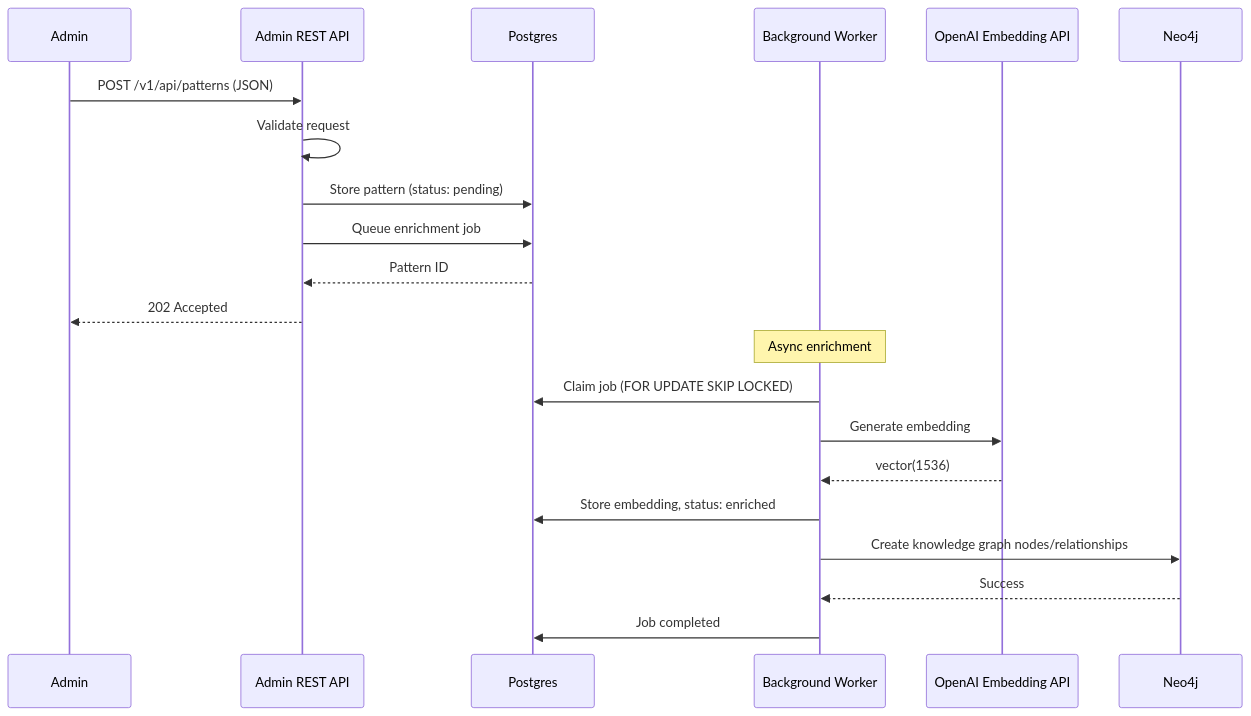
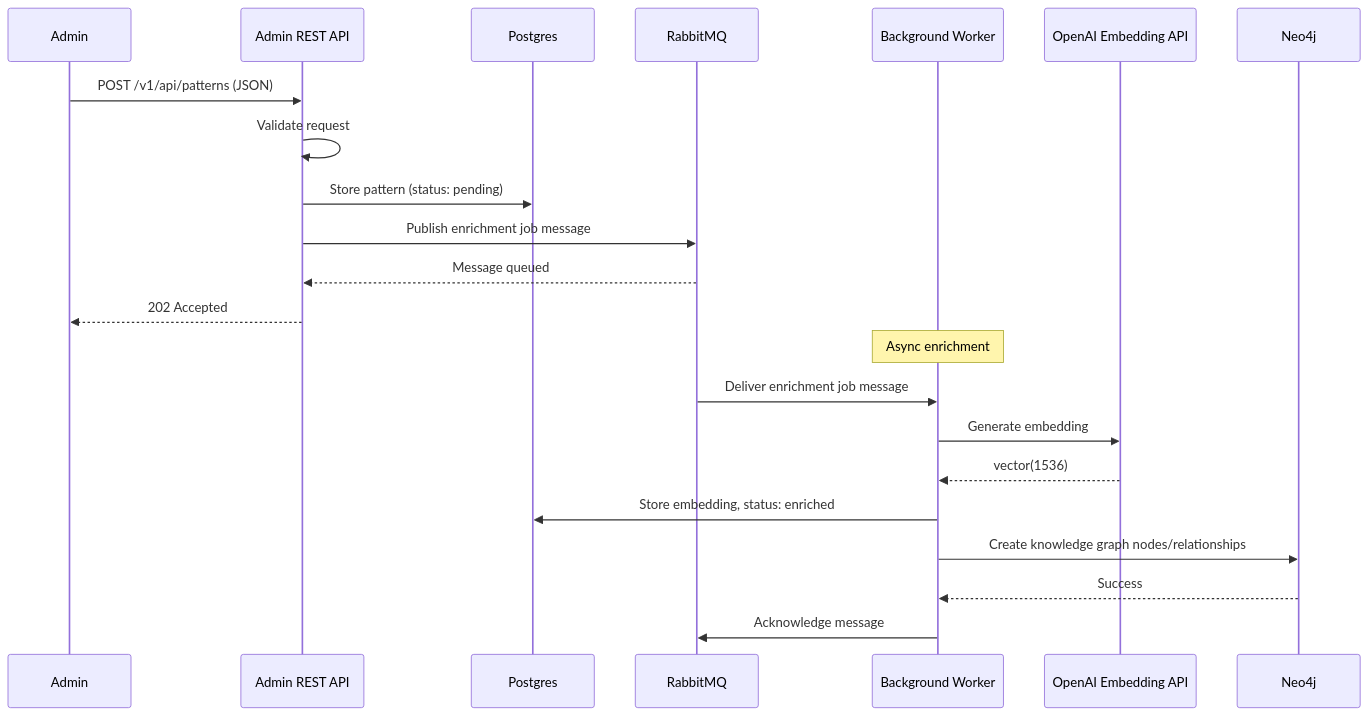
The third of 5 diagrams in docs/architecture/03-communication-patterns.md (twistingmercury/mnemonic-enricher), drawn with Mermaid before and after one commit. The commit also changed 5 other files, not shown here.

First line of the commit message:
docs: fix queue architecture from Postgres to RabbitMQ

````diff
--- a/docs/architecture/03-communication-patterns.md
+++ b/docs/architecture/03-communication-patterns.md
@@ -126,25 +126,26 @@
 ```mermaid
 sequenceDiagram
     participant Admin
     participant REST as Admin REST API
     participant PG as Postgres
+    participant RMQ as RabbitMQ
     participant WORKER as Background Worker
     participant OPENAI as OpenAI Embedding API
     participant NEO as Neo4j
 
     Admin->>REST: POST /v1/api/patterns (JSON)
     REST->>REST: Validate request
     REST->>PG: Store pattern (status: pending)
-    REST->>PG: Queue enrichment job
-    PG-->>REST: Pattern ID
+    REST->>RMQ: Publish enrichment job message
+    RMQ-->>REST: Message queued
     REST-->>Admin: 202 Accepted
 
     Note over WORKER: Async enrichment
-    WORKER->>PG: Claim job (FOR UPDATE SKIP LOCKED)
+    RMQ->>WORKER: Deliver enrichment job message
     WORKER->>OPENAI: Generate embedding
     OPENAI-->>WORKER: vector(1536)
     WORKER->>PG: Store embedding, status: enriched
     WORKER->>NEO: Create knowledge graph nodes/relationships
     NEO-->>WORKER: Success
-    WORKER->>PG: Job completed
+    WORKER->>RMQ: Acknowledge message
 ```
````
